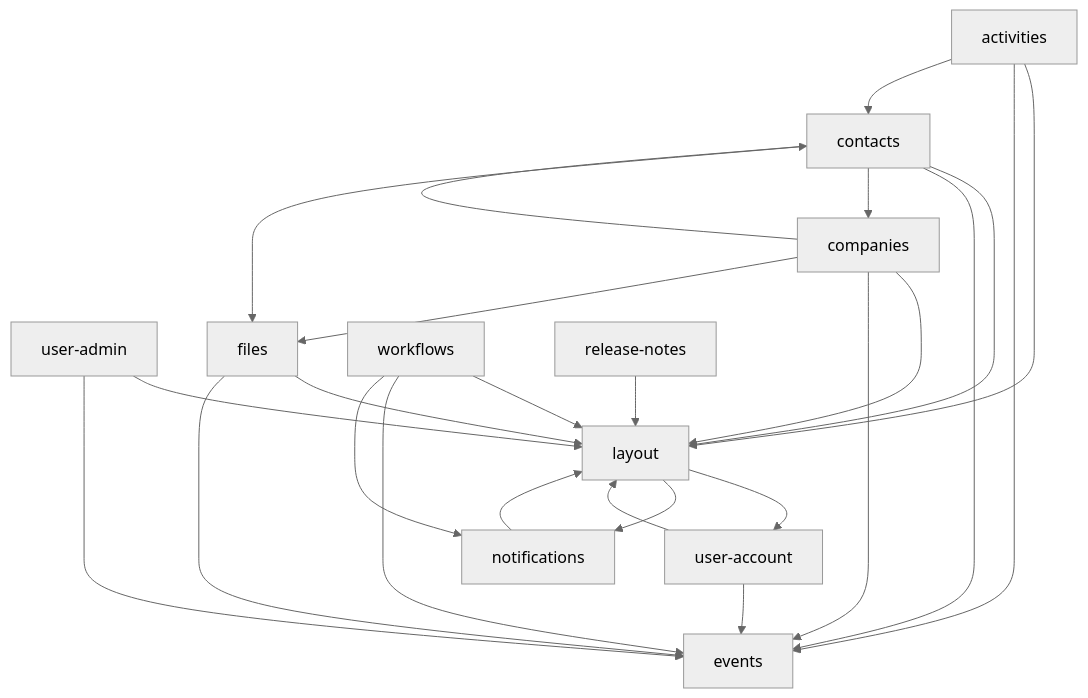
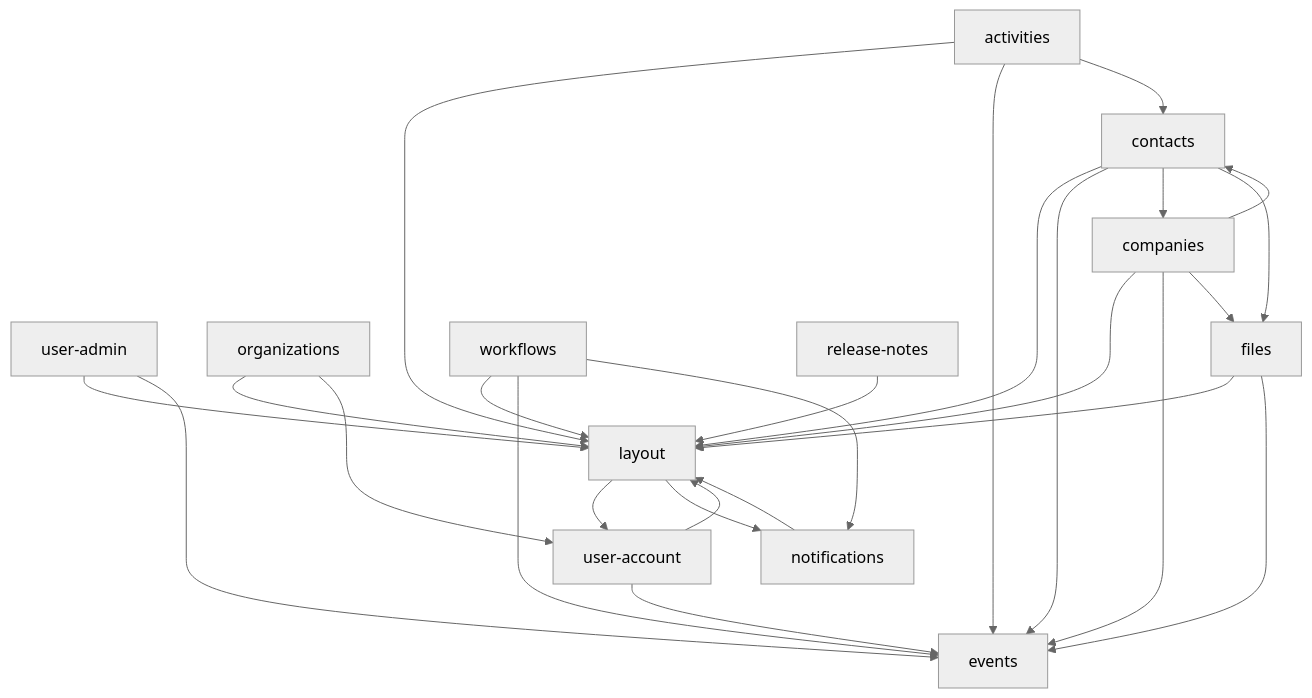
Before and after one commit to lowdefy/modules-mongodb: the diagram in docs/index.md, drawn with Mermaid (neutral theme). The commit also changed other lines of this file and 27 other files, not shown here.

````diff
--- a/docs/index.md
+++ b/docs/index.md
@@ -33,28 +34,30 @@
 ```mermaid
 graph TD
   layout --> user-account
   layout --> notifications
   user-account --> layout
   user-account --> events
   user-admin --> layout
   user-admin --> events
+  organizations --> layout
+  organizations --> user-account
   notifications --> layout
   contacts --> layout
   contacts --> events
   contacts --> companies
   contacts --> files
   companies --> layout
   companies --> events
   companies --> contacts
   companies --> files
   files --> layout
   files --> events
   activities --> layout
   activities --> events
   activities --> contacts
   workflows --> layout
   workflows --> events
   workflows --> notifications
   release-notes --> layout
   events
 ```
````
